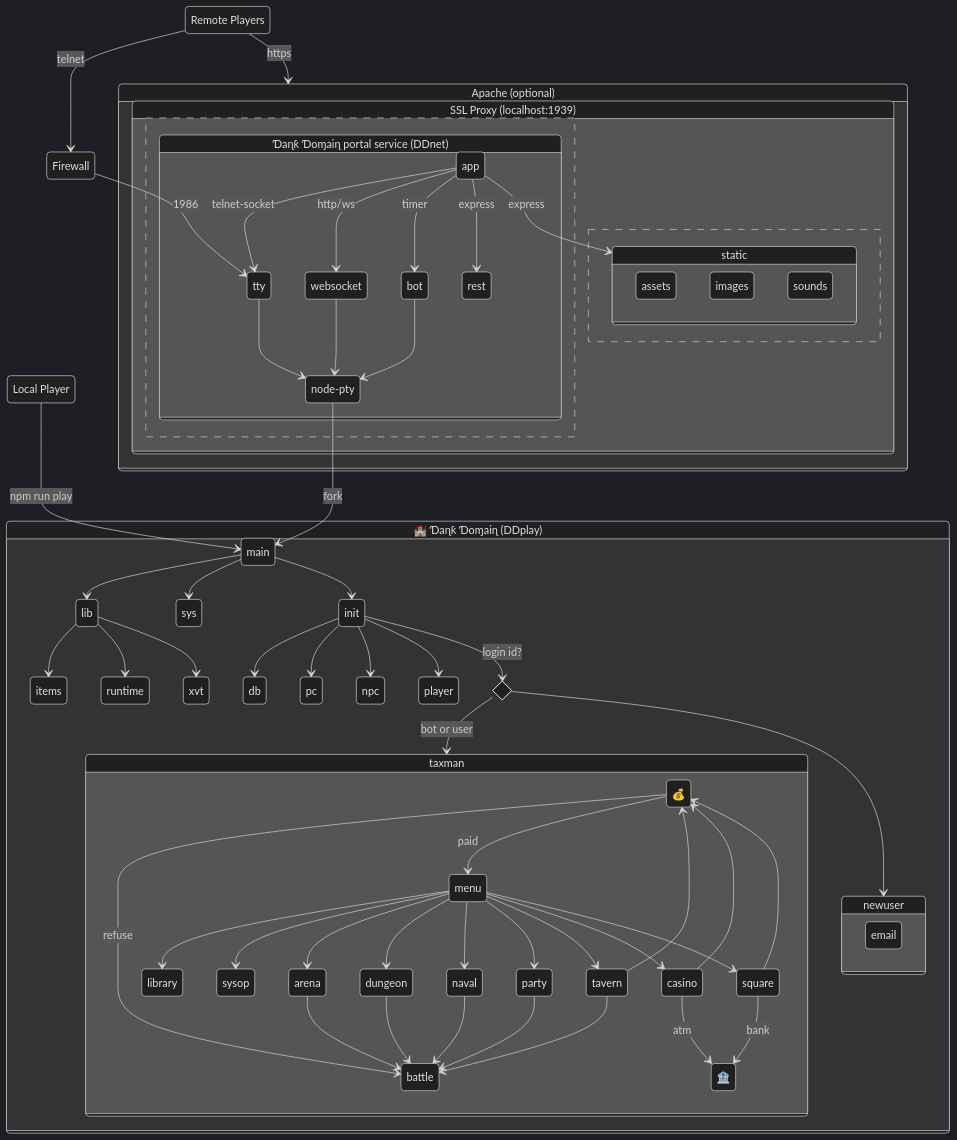
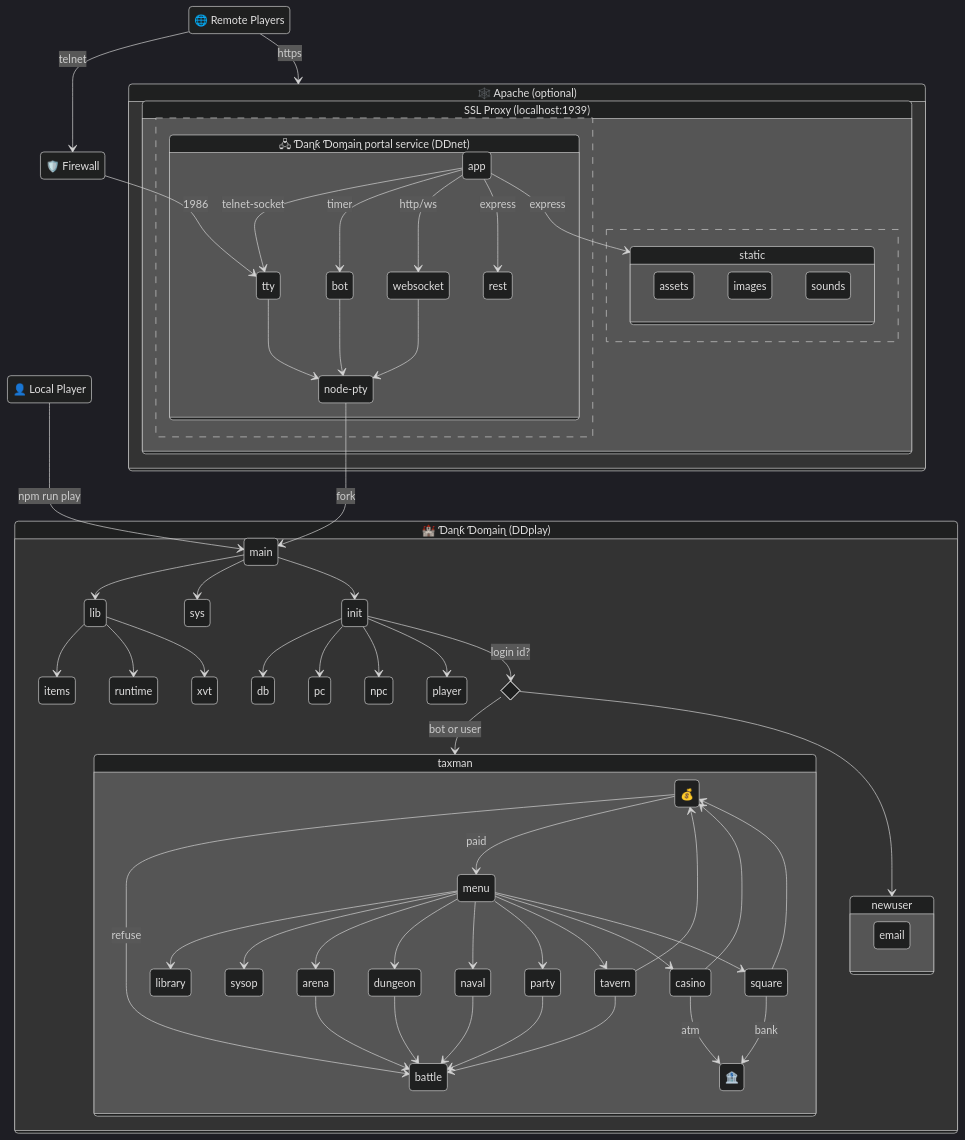
One commit to theflyingape/dankdomain changed the diagram in README.md. Above: the diagram before and after it, drawn with Mermaid.

Commit message:
mermaid corrections

````diff
--- a/README.md
+++ b/README.md
@@ -29,78 +29,79 @@
 ```mermaid
 %%{init: {'theme':'dark'}}%%
 stateDiagram-v2
   direction TB
-  Local : Local Player
+  Local : 👤 Local Player
   Local --> main : npm run play
-  Remote : Remote Players
+  Remote : 🌐 Remote Players
   Remote --> Firewall : telnet
   Remote --> Apache : https
+  Firewall : 🛡️ Firewall
   Firewall --> tty : 1986
-  state "Apache (optional)" as Apache {
+  state "🕸️ Apache (optional)" as Apache {
     state "SSL Proxy (localhost:1939)" as proxy {
-      state "Ɗaɳƙ Ɗoɱaiɳ portal service (DDnet)" as DDnet {
+      state "🖧 Ɗaɳƙ Ɗoɱaiɳ portal service (DDnet)" as DDnet {
         app --> tty : telnet-socket
+        app --> bot : timer
         app --> websocket : http/ws
-        app --> bot : timer
         app --> rest : express
         app --> static : express
         fork: node-pty
         tty --> fork
+        bot --> fork
         websocket --> fork
-        bot --> fork
         fork --> main : fork
       }
       --
       state static {
         assets
         images
         sounds
       }
     }
   }
 
   state "🏰 Ɗaɳƙ Ɗoɱaiɳ (DDplay)" as DDplay {
     main --> lib
     lib --> items
     lib --> runtime
     lib --> xvt
     main --> sys
     main --> init
     init --> db
     init --> pc
     init --> npc
     init --> player
     state login <<choice>>
     init --> login : login id?
     login --> taxman : bot or user
     login --> newuser
     state newuser {
       email
     }
     state taxman {
       state "💰" as taxes
       taxes --> battle : refuse
       taxes --> menu : paid
       menu --> library
       menu --> sysop
       menu --> arena
       menu --> dungeon
       menu --> naval
       menu --> party
       menu --> tavern
       menu --> casino
       menu --> square
       arena --> battle
       dungeon --> battle
       naval --> battle
       party --> battle
       tavern --> battle
       casino --> taxes
       square --> taxes
       tavern --> taxes
       state "🏦" as bank
       casino --> bank : atm
       square --> bank : bank
     }
   }
 ```
````
